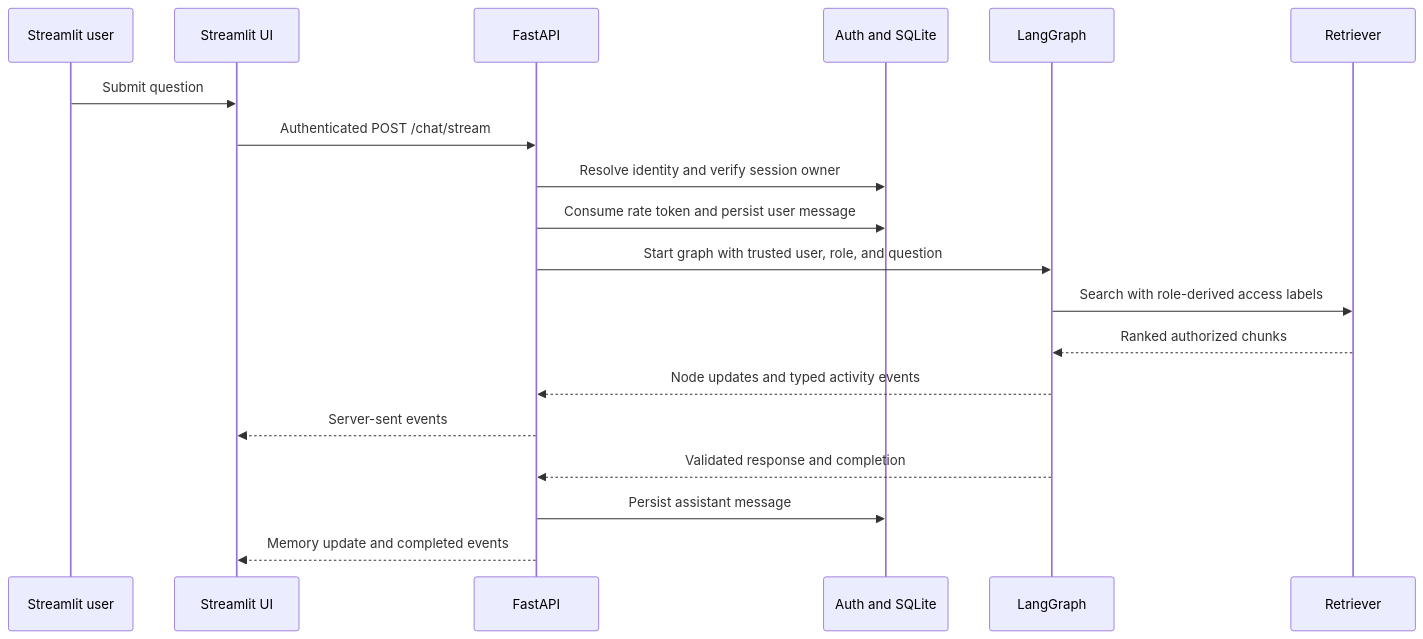
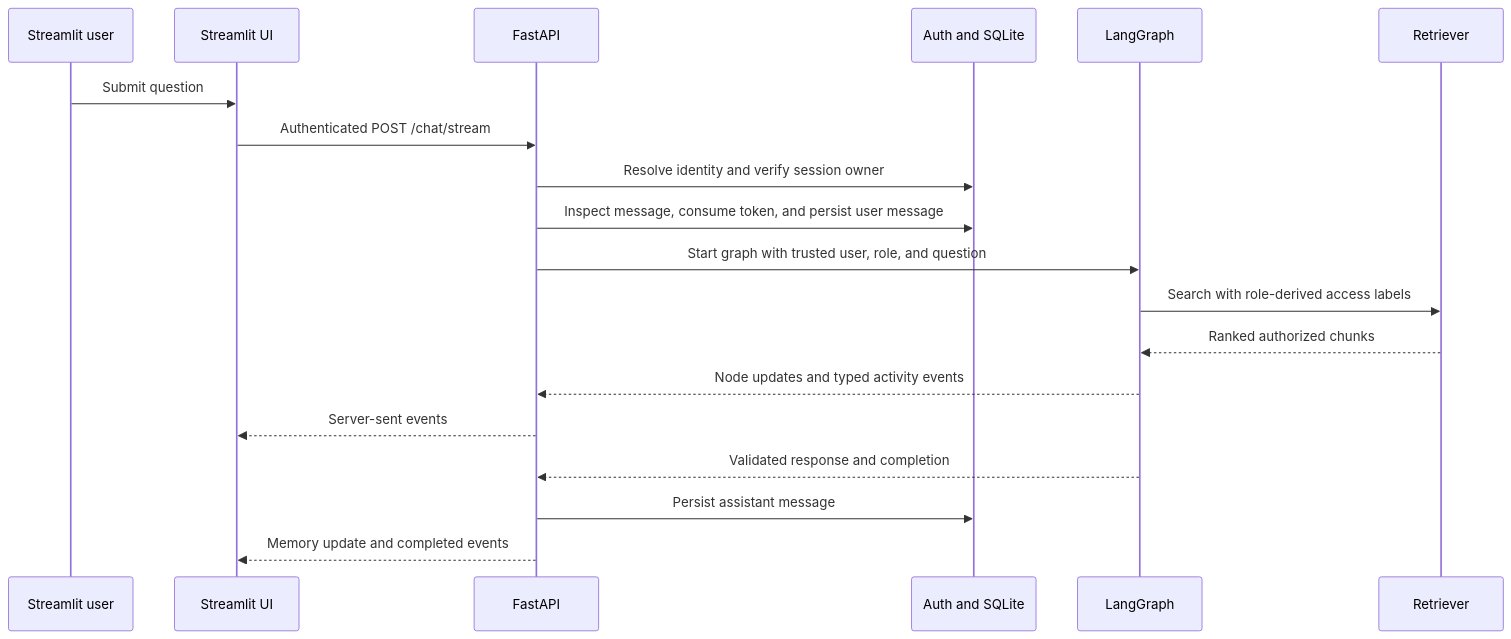
Before and after one commit to Thavarshan/enterprise-knowledge-assistant: the second of 2 diagrams in docs/architecture.md, drawn with Mermaid. The commit also changed other lines of this file and 24 other files, not shown here.

````diff
--- a/docs/architecture.md
+++ b/docs/architecture.md
@@ -68,21 +72,21 @@
 ```mermaid
 sequenceDiagram
   participant U as Streamlit user
   participant UI as Streamlit UI
   participant API as FastAPI
   participant S as Auth and SQLite
   participant G as LangGraph
   participant R as Retriever
   U->>UI: Submit question
   UI->>API: Authenticated POST /chat/stream
   API->>S: Resolve identity and verify session owner
-  API->>S: Consume rate token and persist user message
+  API->>S: Inspect message, consume token, and persist user message
   API->>G: Start graph with trusted user, role, and question
   G->>R: Search with role-derived access labels
   R-->>G: Ranked authorized chunks
   G-->>API: Node updates and typed activity events
   API-->>UI: Server-sent events
   G-->>API: Validated response and completion
   API->>S: Persist assistant message
   API-->>UI: Memory update and completed events
 ```
````
